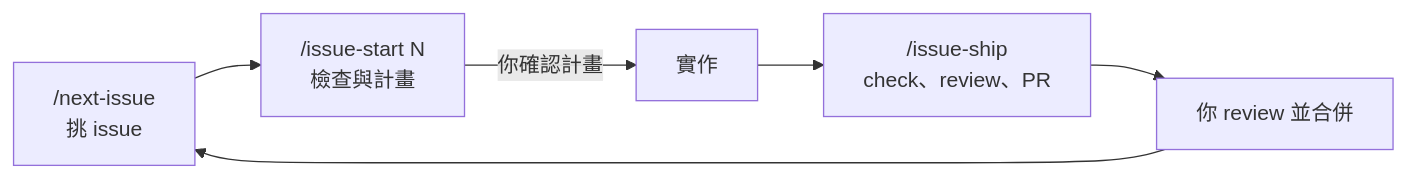
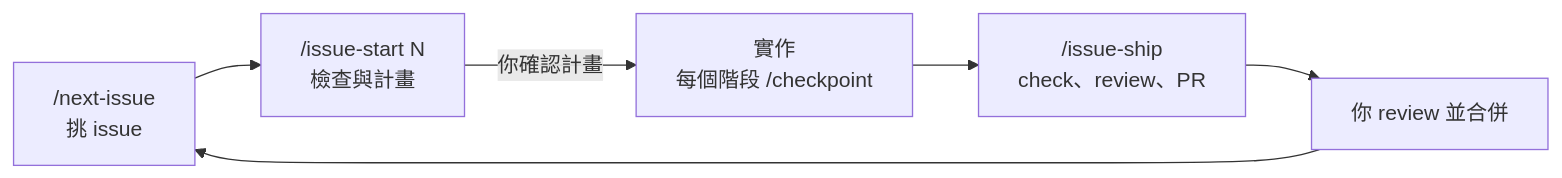
The diagram in docs/workflow.md (TPI-WenpinLiao/tpi-website-ai-poc), drawn with Mermaid before and after one commit. The commit also changed other lines of this file and 7 other files, not shown here.

````diff
--- a/docs/workflow.md
+++ b/docs/workflow.md
@@ -5,8 +5,8 @@
 ```mermaid
 flowchart LR
   A["/next-issue<br>挑 issue"] --> B["/issue-start N<br>檢查與計畫"]
-  B -->|你確認計畫| C[實作]
+  B -->|你確認計畫| C["實作<br>每個階段 /checkpoint"]
   C --> D["/issue-ship<br>check、review、PR"]
   D --> E[你 review 並合併]
   E --> A
 ```
````
